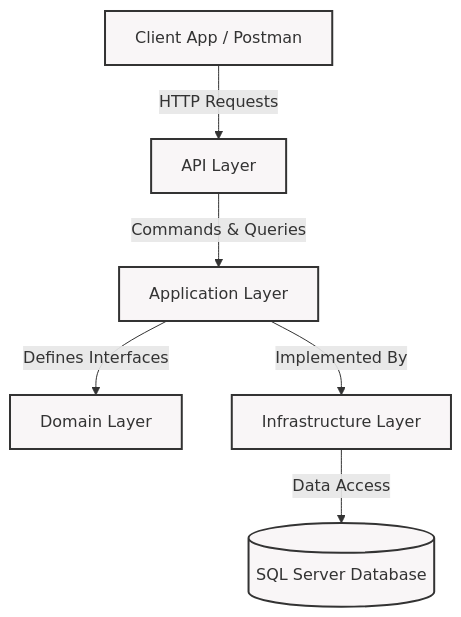
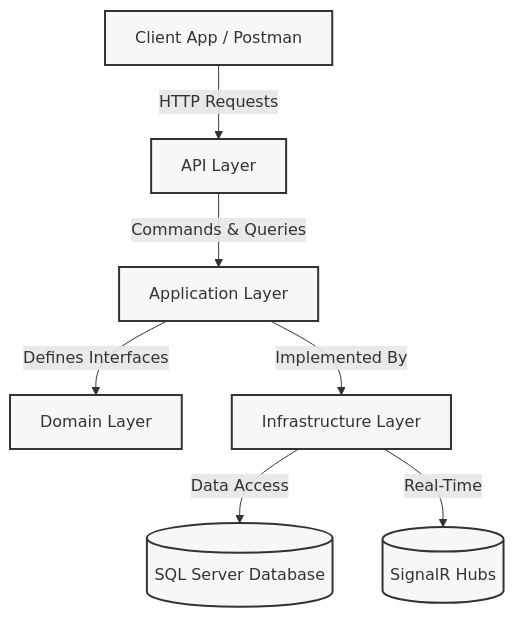
One commit to MuhammadBilal64/DevFlow changed the first of 3 diagrams in README.md. Above: the diagram before and after it, drawn with Mermaid. The commit also changed other lines of this file, not shown here.

````diff
--- a/README.md
+++ b/README.md
@@ -101,10 +113,11 @@
 ```mermaid
 graph TD
     Client[Client App / Postman] -->|HTTP Requests| API[API Layer]
     API -->|Commands & Queries| App[Application Layer]
     App -->|Defines Interfaces| Domain[Domain Layer]
     App -->|Implemented By| Infra[Infrastructure Layer]
     Infra -->|Data Access| DB[(SQL Server Database)]
+    Infra -->|Real-Time| SignalR[(SignalR Hubs)]
     
     classDef default fill:#f9f6f7,stroke:#333,stroke-width:2px;
 ```
````
